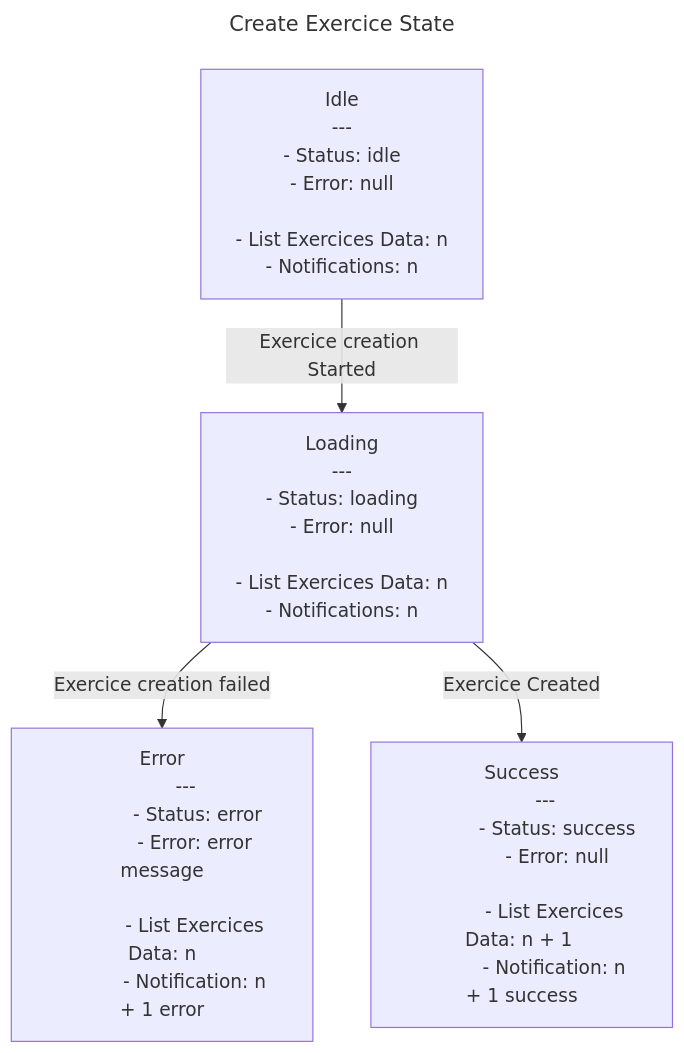
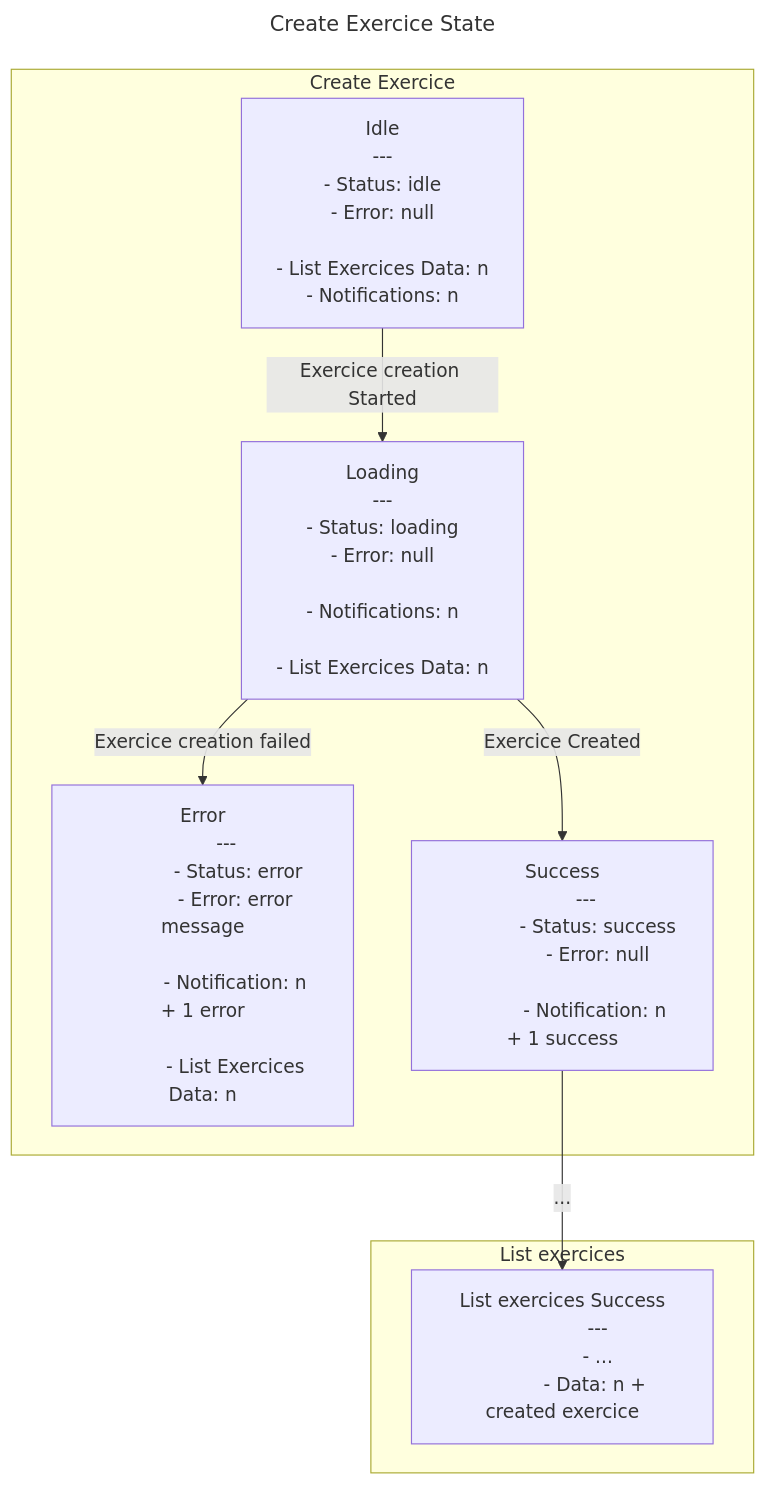
One commit to davidroberto/react-redux-clean-architecture-tdd-eda-vertical-slices changed the diagram in src/exercice/features/create-exercice/create-exercice.state-machine.md. Above: the diagram before and after it, drawn with Mermaid. The commit also changed 2 other files, not shown here.

Commit message:
refacto: update fsm diagram with subgraph for list exercice updated

````diff
--- a/src/exercice/features/create-exercice/create-exercice.state-machine.md
+++ b/src/exercice/features/create-exercice/create-exercice.state-machine.md
@@ -1,51 +1,66 @@
 ```mermaid
 ---
 title: Create Exercice State
 ---
 
 flowchart TD
     A[
         Idle
         ---
             - Status: idle
             - Error: null
             
             - List Exercices Data: n
             - Notifications: n
     ]
 
     B[
         Loading
         ---
             - Status: loading
             - Error: null
         
+            - Notifications: n
+
             - List Exercices Data: n
-            - Notifications: n
     ]
 
     C[
         Error
         ---
             - Status: error
             - Error: error message
             
+            - Notification: n + 1 error
+            
             - List Exercices Data: n
-            - Notification: n + 1 error
     ]
 
     D[
         Success
         ---
             - Status: success
             - Error: null
 
-            - List Exercices Data: n + 1 
             - Notification: n + 1 success
     ]
 
+
+    E[
+        List exercices Success
+            ---
+            - ...
+            - Data: n + created exercice
+    ]
+
+subgraph Create Exercice
     A -->|Exercice creation Started|B
     B -->|Exercice creation failed|C
     B -->|Exercice Created|D
+end
+
+subgraph List exercices
+    D -->|...|E
+end
 
 ```
````
